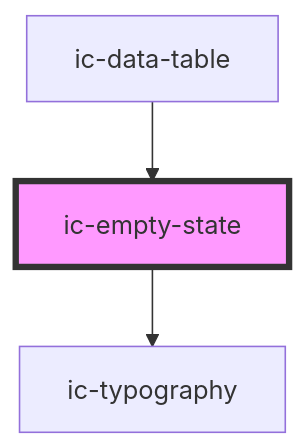
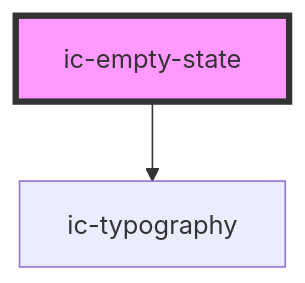
One commit to mi6/ic-ui-kit changed the diagram in packages/web-components/src/components/ic-empty-state/readme.md. Above: the diagram before and after it, drawn with Mermaid. The commit also changed other lines of this file and 134 other files, not shown here.

````diff
--- a/packages/web-components/src/components/ic-empty-state/readme.md
+++ b/packages/web-components/src/components/ic-empty-state/readme.md
@@ -45,6 +39,5 @@
 ```mermaid
 graph TD;
   ic-empty-state --> ic-typography
-  ic-data-table --> ic-empty-state
   style ic-empty-state fill:#f9f,stroke:#333,stroke-width:4px
 ```
````
